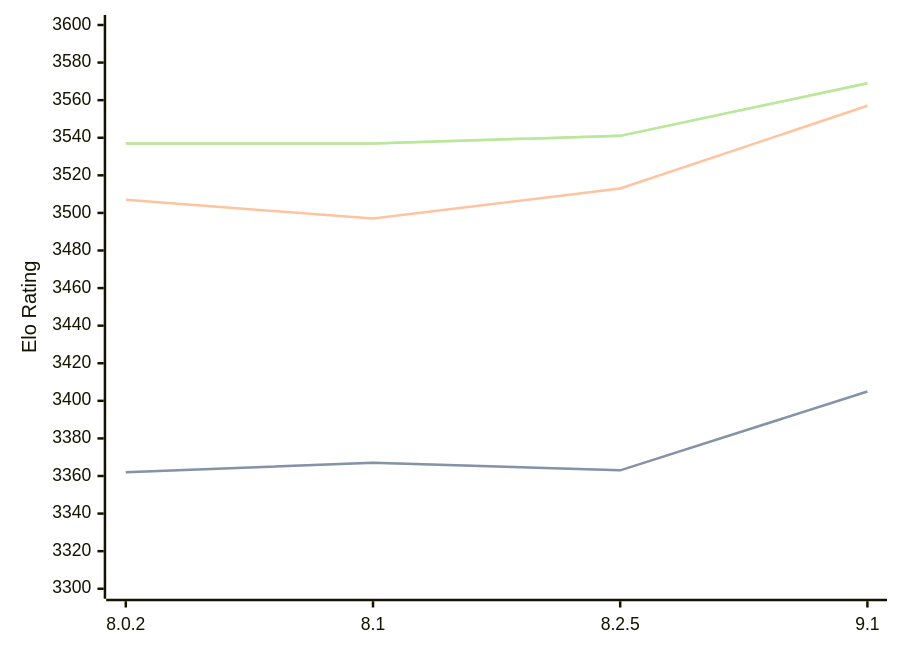
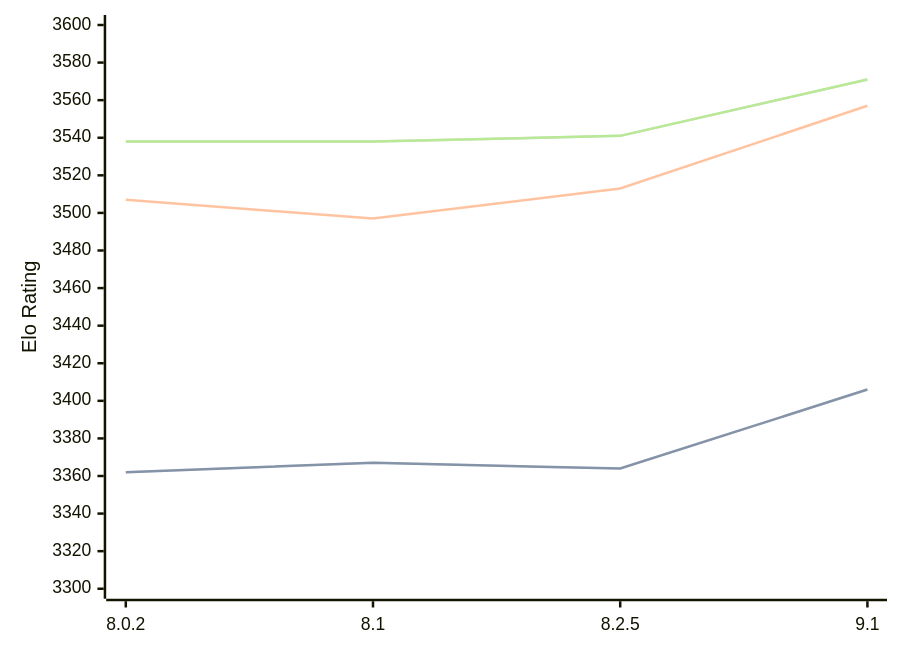
Before and after one commit to computer-chess-index/cci: the diagram in engines/Clover.md, drawn with Mermaid. The commit also changed other lines of this file, not shown here.

Commit message:
Update CCI Ratings (ELO VLTC) - 2026-04-05

````diff
--- a/engines/Clover.md
+++ b/engines/Clover.md
@@ -64,11 +64,11 @@
 ```mermaid
 %%{init: {"theme":"base","themeVariables":{"seriesColors:['#a3a3a3','#222221','#faa371']}}}%%
 xychart-beta
   x-axis ["8.0.2", "8.1", "8.2.5", "9.1"]
   y-axis "Elo Rating" 3300 --> 3600
-  line "STC (8.0+0.08s)" [3362, 3367, 3363, 3405]
-  line "STC (8.0+0.08s)" [3362, 3367, 3363, 3405]
+  line "STC (8.0+0.08s)" [3362, 3367, 3364, 3406]
+  line "STC (8.0+0.08s)" [3362, 3367, 3364, 3406]
   line "LTC (60.0+0.60s)" [3507, 3497, 3513, 3557]
-  line "VLTC (2m24s+1.12s)" [3537, 3537, 3541, 3569]
-  line "VLTC (2m24s+1.12s)" [3537, 3537, 3541, 3569]
+  line "VLTC (2m24s+1.12s)" [3538, 3538, 3541, 3571]
+  line "VLTC (2m24s+1.12s)" [3538, 3538, 3541, 3571]
 ```
````
